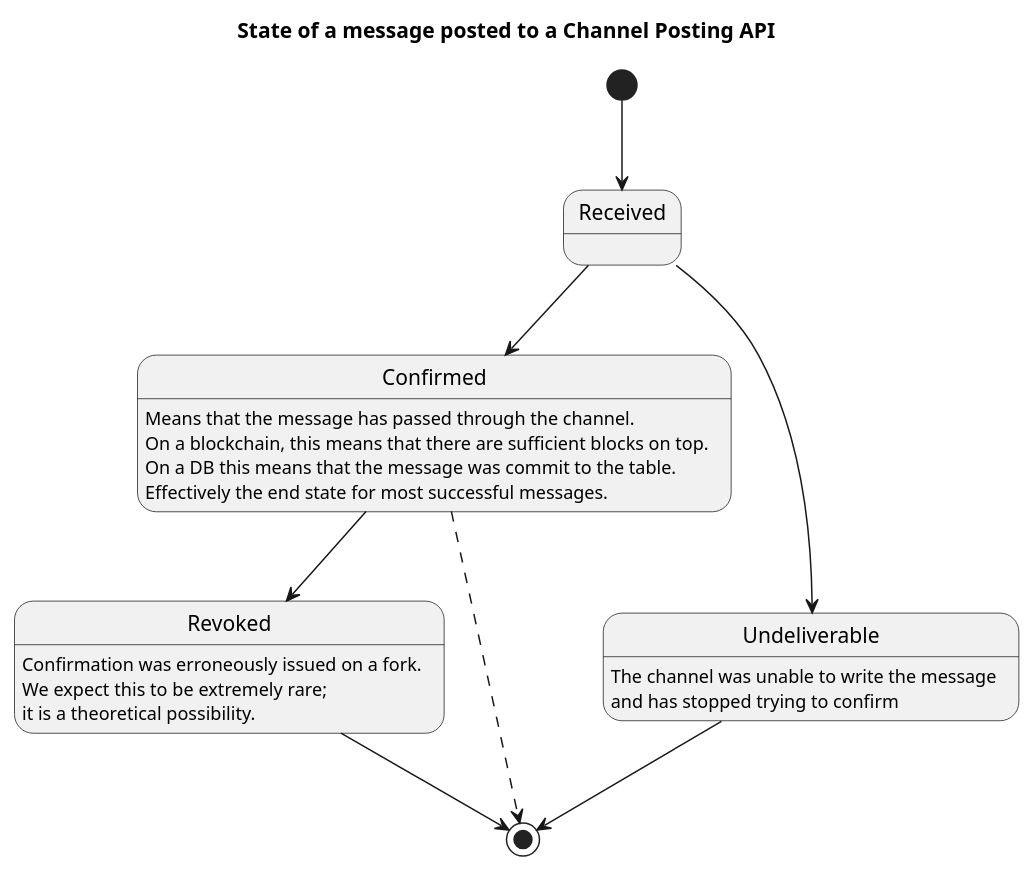
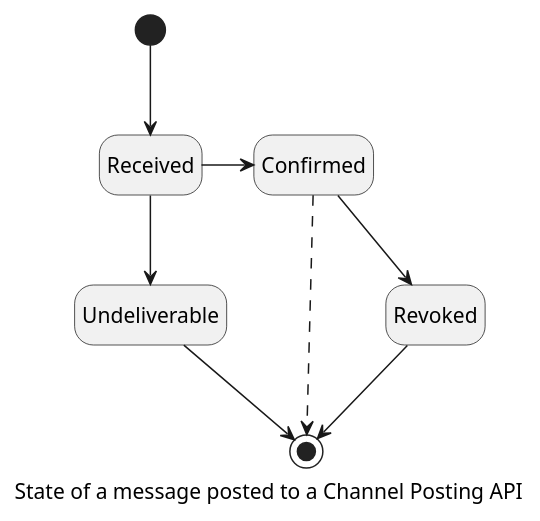
One commit to trustbridge/intergov changed the third of 6 diagrams in docs/channel_api.rst. Above: the diagram before and after it, drawn with PlantUML. The commit also changed other lines of this file and 3 other files, not shown here.

Commit message:
Pushing mostly good doco about the channel api and removing other still WIP notes and diagrams

```diff
--- a/docs/channel_api.rst
+++ b/docs/channel_api.rst
@@ -125,16 +125,14 @@
 .. uml::
 
    @startuml
-   title State of a message posted to a Channel Posting API
+   hide empty description
+   caption State of a message posted to a Channel Posting API
 
    [*] --> Received
-   Received --> Confirmed
-   Confirmed : Means that the message has passed through the channel.\nOn a blockchain, this means that there are sufficient blocks on top.\nOn a DB this means that the message was commit to the table.\nEffectively the end state for most successful messages.
+   Received -right-> Confirmed
    Received --> Undeliverable
-   Undeliverable : The channel was unable to write the message\nand has stopped trying to confirm
    Confirmed --> Revoked
-   Revoked : Confirmation was erroneously issued on a fork.\nWe expect this to be extremely rare; \nit is a theoretical possibility.
    Revoked --> [*]
    Undeliverable --> [*]
    Confirmed -[dashed]-> [*]
    @enduml
```
